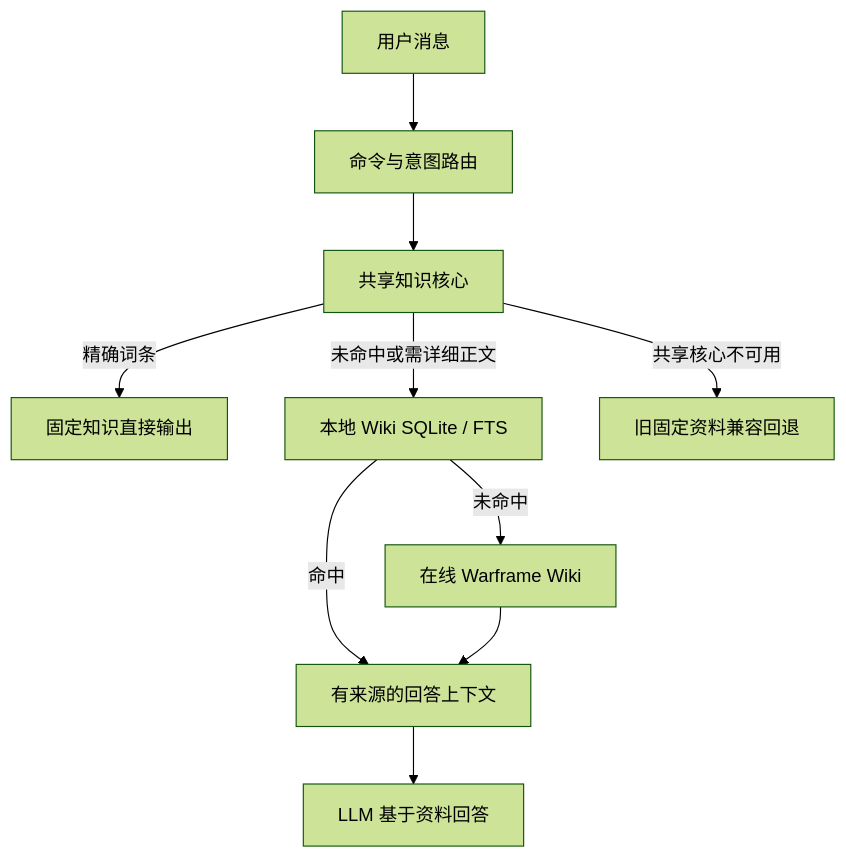
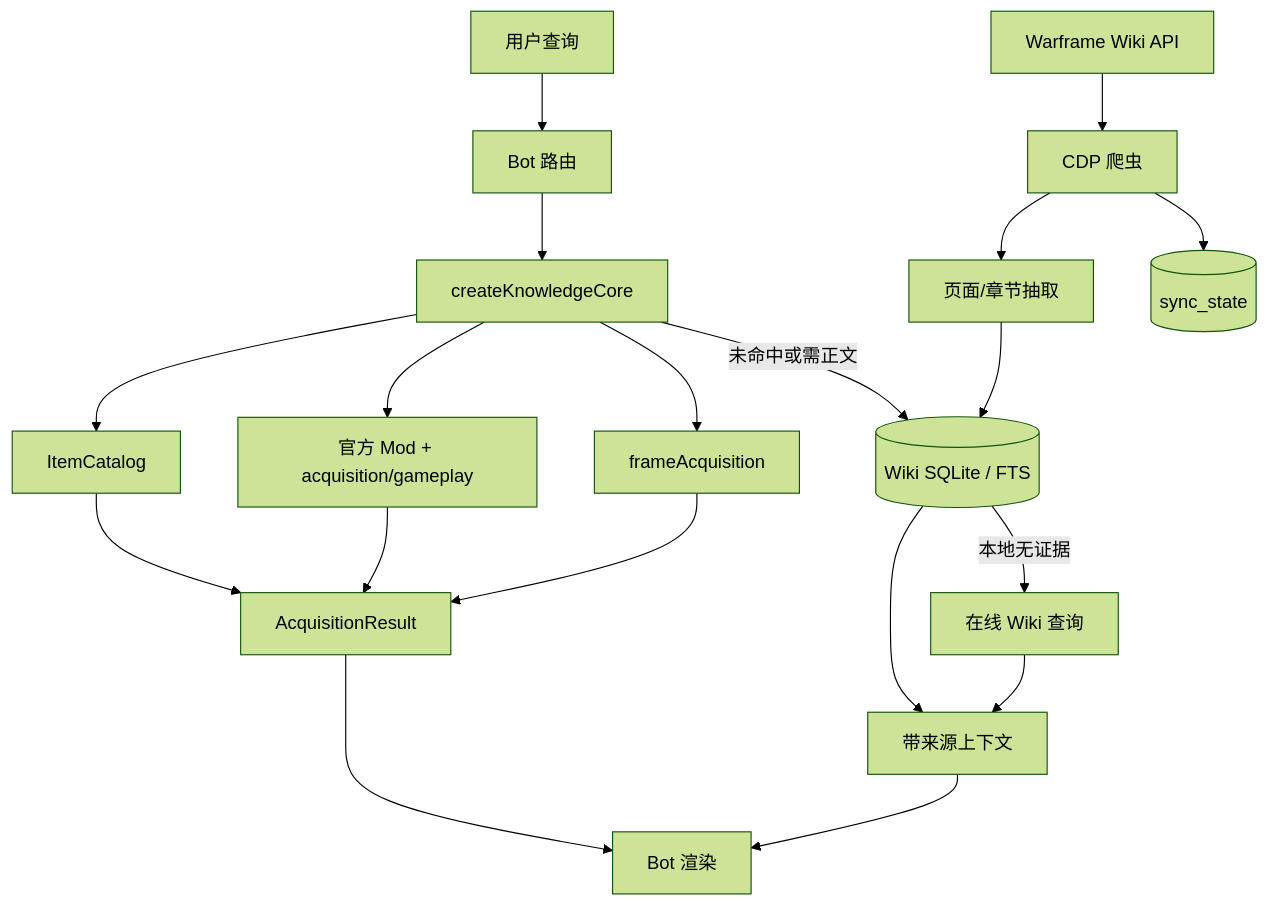
The diagram in ARCHITECTURE.md (sharrkkunjang-baka/warframe-knowledge-core), drawn with Mermaid (forest theme) before and after one commit. The commit also changed other lines of this file and 20 other files, not shown here.

````diff
--- a/ARCHITECTURE.md
+++ b/ARCHITECTURE.md
@@ -26,22 +75,22 @@
 ```mermaid
 flowchart TD
-  User[用户消息]
-  Router[命令与意图路由]
-  Shared[共享知识核心]
-  Direct[固定知识直接输出]
-  LocalWiki[本地 Wiki SQLite / FTS]
-  OnlineWiki[在线 Warframe Wiki]
-  Context[有来源的回答上下文]
-  LLM[LLM 基于资料回答]
-  Legacy[旧固定资料兼容回退]
+  U[用户查询] --> R[Bot 路由]
+  R --> C[createKnowledgeCore]
+  C --> I[ItemCatalog]
+  C --> M[官方 Mod + acquisition/gameplay]
+  C --> F[frameAcquisition]
+  I --> A[AcquisitionResult]
+  M --> A
+  F --> A
+  A --> O[Bot 渲染]
+  C -->|未命中或需正文| W[(Wiki SQLite / FTS)]
+  W -->|本地无证据| N[在线 Wiki 查询]
+  W --> X[带来源上下文]
+  N --> X
+  X --> O
 
-  User --> Router
-  Router --> Shared
-  Shared -->|精确词条| Direct
-  Shared -->|共享核心不可用| Legacy
-  Shared -->|未命中或需详细正文| LocalWiki
-  LocalWiki -->|未命中| OnlineWiki
-  LocalWiki -->|命中| Context
-  OnlineWiki --> Context
-  Context --> LLM
+  T[Warframe Wiki API] --> P[CDP 爬虫]
+  P --> E[页面/章节抽取]
+  E --> W
+  P --> S[(sync_state)]
 ```
````
